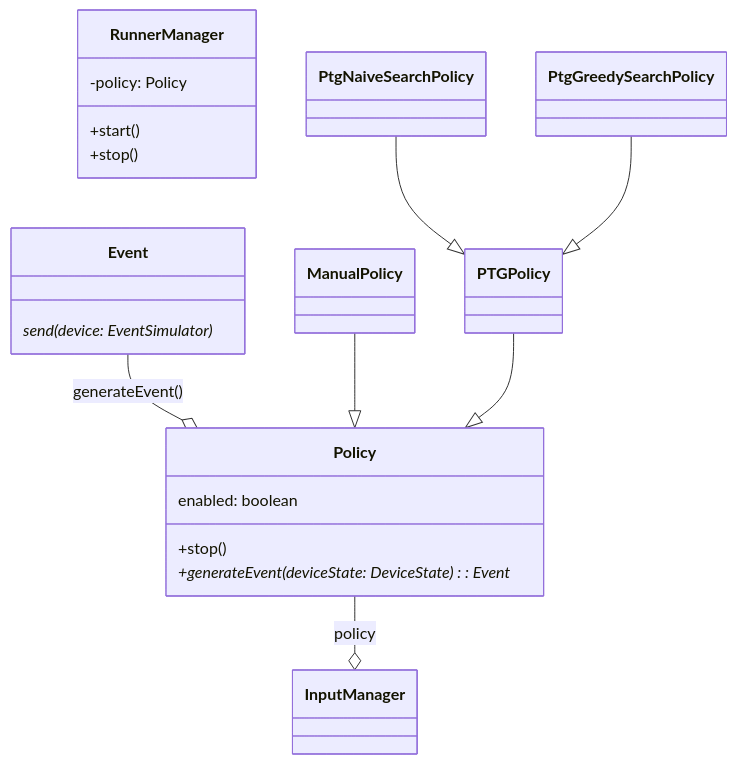
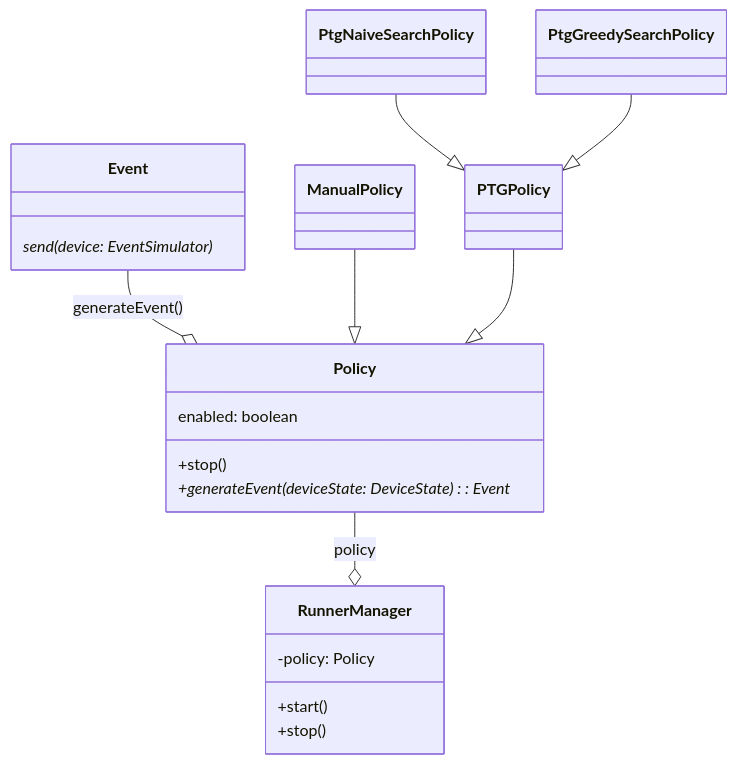
The diagram in doc/policy_classes.md (SMAT-Lab/HapTest), drawn with Mermaid before and after one commit. The commit also changed 1 other file, not shown here.

Commit message:
rename class

````diff
--- a/doc/policy_classes.md
+++ b/doc/policy_classes.md
@@ -1,31 +1,31 @@
 ```Mermaid
 classDiagram
     class Event {
         send(device: EventSimulator)*
     }
 
     class Policy {
         enabled: boolean
         +stop()
         +generateEvent(deviceState: DeviceState): Event*
     }
 
     class RunnerManager {
         -policy: Policy
         +start()
         +stop()
     }
 
     class ManualPolicy {
 
     }
 
-    Policy --o InputManager: policy
+    Policy --o RunnerManager: policy
     Event --o Policy: generateEvent()
 
     ManualPolicy --|> Policy
     PTGPolicy --|> Policy
     PtgNaiveSearchPolicy --|> PTGPolicy
     PtgGreedySearchPolicy --|> PTGPolicy
 
 ```
````
